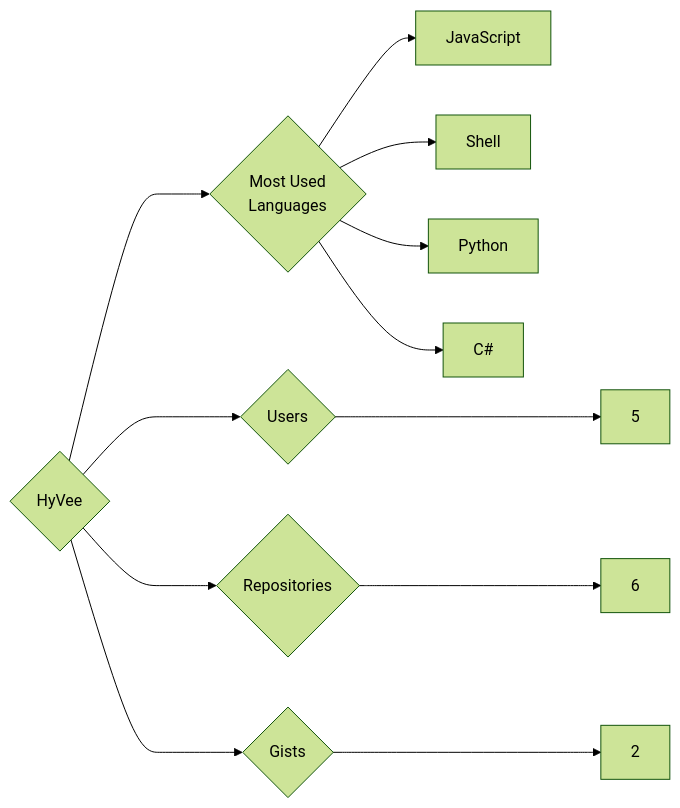
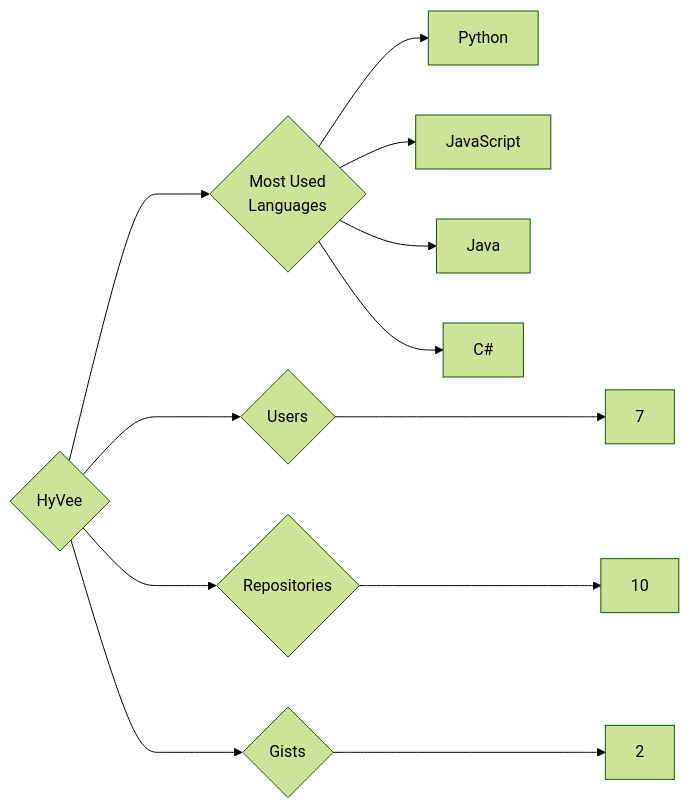
The diagram in targets/HyVee/README.md (trickest/insiders), drawn with Mermaid (forest theme) before and after one commit. The commit also changed 1175 other files, not shown here.

````diff
--- a/targets/HyVee/README.md
+++ b/targets/HyVee/README.md
@@ -3,12 +3,12 @@
 ```mermaid
 graph LR
 COMPANY_NAME{HyVee}
-COMPANY_NAME ---> U{Users} ---> UN[5]
-COMPANY_NAME ---> R{Repositories} ---> RN[6]
+COMPANY_NAME ---> U{Users} ---> UN[7]
+COMPANY_NAME ---> R{Repositories} ---> RN[10]
 COMPANY_NAME ---> G{Gists} ---> GN[2]
 COMPANY_NAME ---> ML{Most Used<br>Languages}
+ML --> Python[Python]
 ML --> JavaScript[JavaScript]
-ML --> Shell[Shell]
-ML --> Python[Python]
+ML --> Java[Java]
 ML --> C#[C#]
 ```
````
